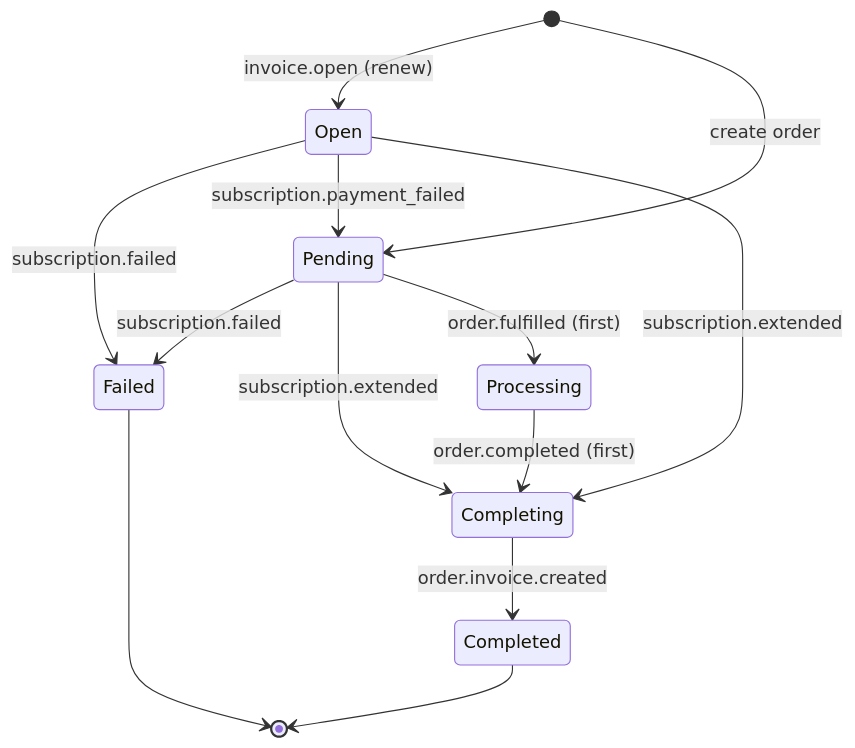
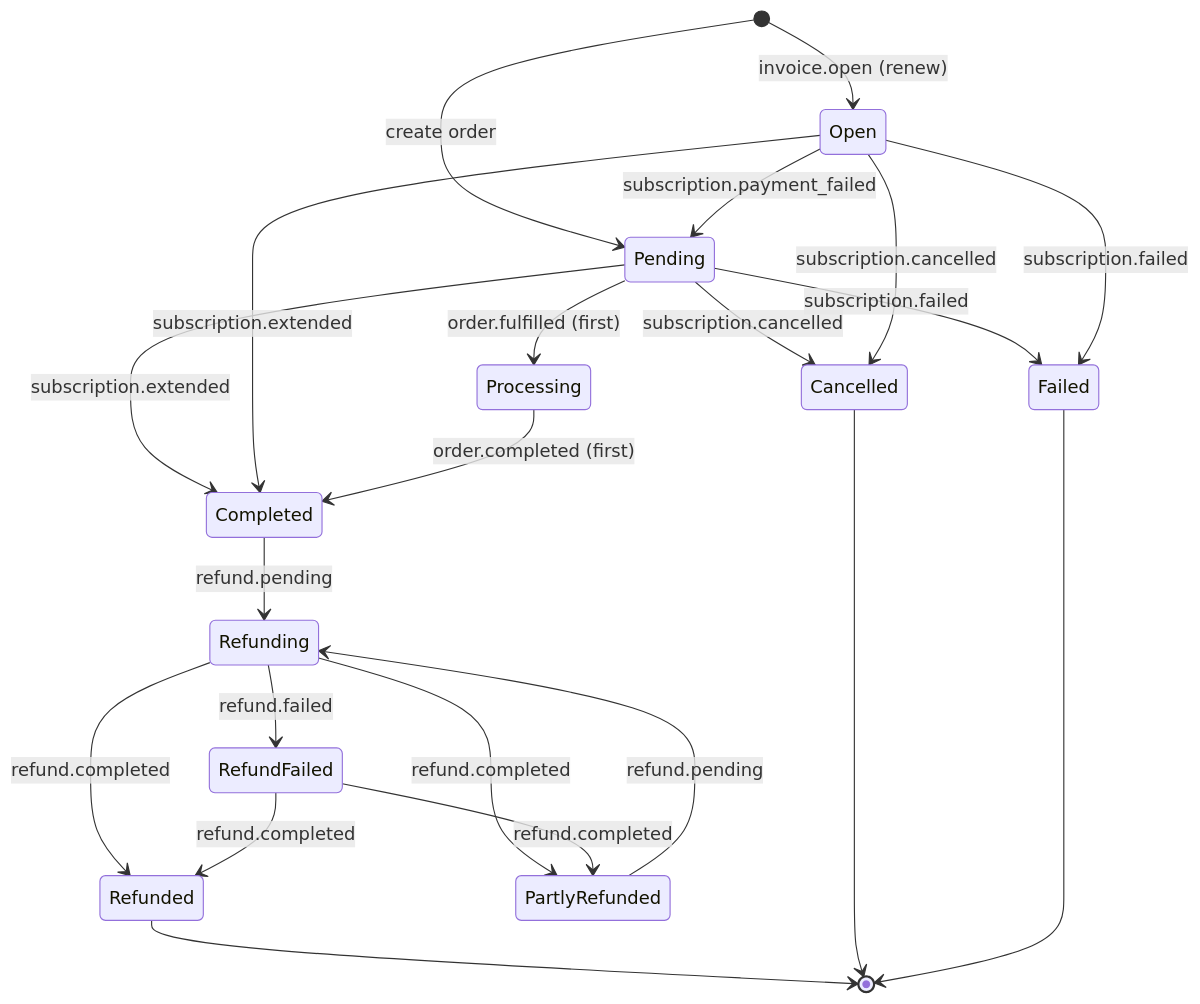
Before and after one commit to tigerbook73/siser-backend: the diagram in doc/Invoice.md, drawn with Mermaid. The commit also changed other lines of this file and 71 other files, not shown here.

````diff
--- a/doc/Invoice.md
+++ b/doc/Invoice.md
@@ -20,27 +5,43 @@
 ```mermaid
 stateDiagram-v2
   [*]
+  [*]           --> Pending         : create order
   [*]           --> Open            : invoice.open (renew)
-  [*]           --> Pending         : create order
 
+  Pending       --> Failed          : subscription.failed
+  Pending       --> Completed       : subscription.extended
+  Pending       --> Cancelled       : subscription.cancelled
+  Pending       --> Processing      : order.fulfilled (first)
+  
   Open
   Open          --> Failed          : subscription.failed
   Open          --> Pending         : subscription.payment_failed
-  Open          --> Completing      : subscription.extended
+  Open          --> Completed       : subscription.extended
+  Open          --> Cancelled       : subscription.cancelled
 
-  Pending       --> Failed          : subscription.failed
-  Pending       --> Completing      : subscription.extended
-  Pending       --> Processing      : order.fulfilled (first)
-  
-  Processing    --> Completing      : order.completed (first)
-
-  Completing
-  Completing    --> Completed       : order.invoice.created
+  Processing    --> Completed       : order.completed (first)
 
   Completed
-  Completed     --> [*]
+  Completed     --> Refunding       : refund.pending
+
+  Refunding 
+  Refunding     --> Refunded        : refund.completed
+  Refunding     --> PRefunded       : refund.completed
+  Refunding     --> RefundFailed    : refund.failed
+
+  RefundFailed
+  RefundFailed  --> Refunded        : refund.completed
+  RefundFailed  --> PRefunded       : refund.completed
+
+  PRefunded: PartlyRefunded
+  PRefunded     --> Refunding       : refund.pending
+  
+  Refunded      
+  Refunded      --> [*]
+
+  Cancelled     --> [*]
 
   Failed
   Failed        --> [*]
 
 ```
````
